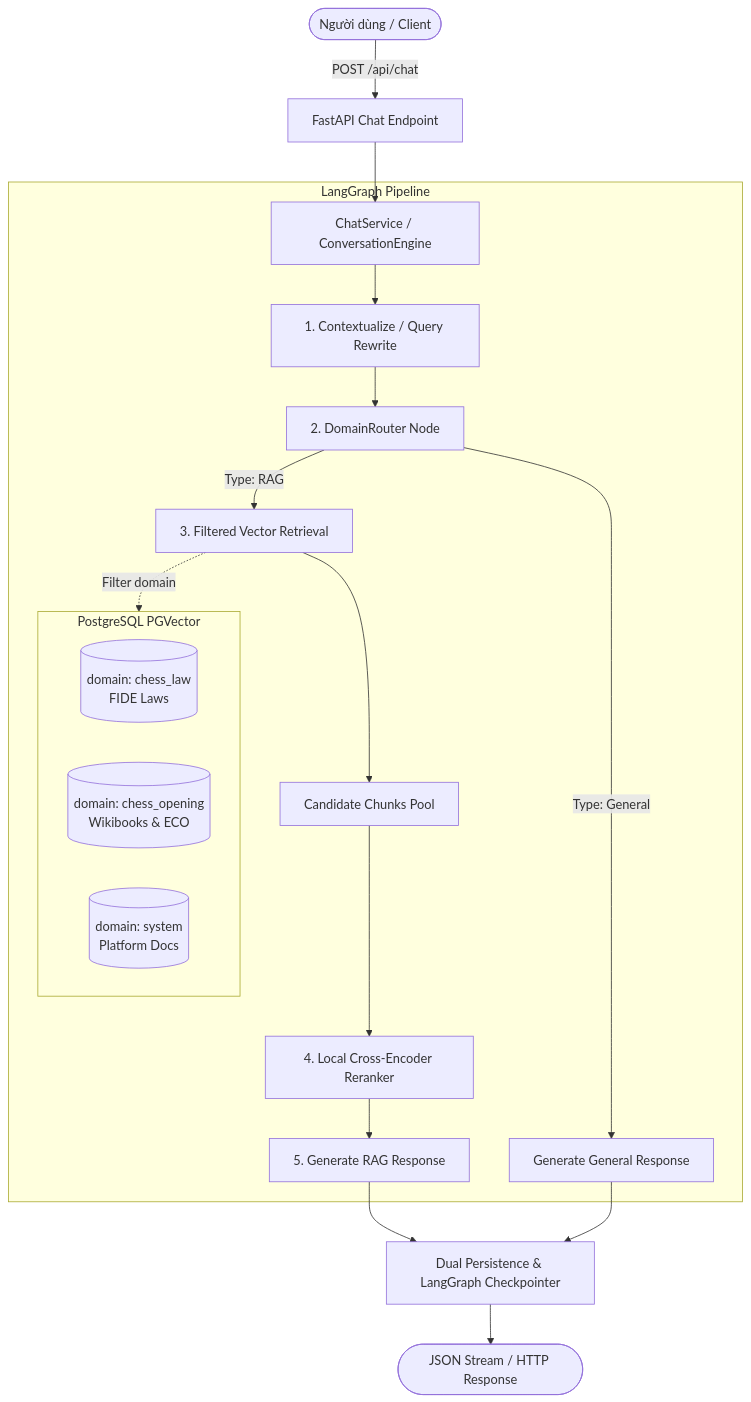
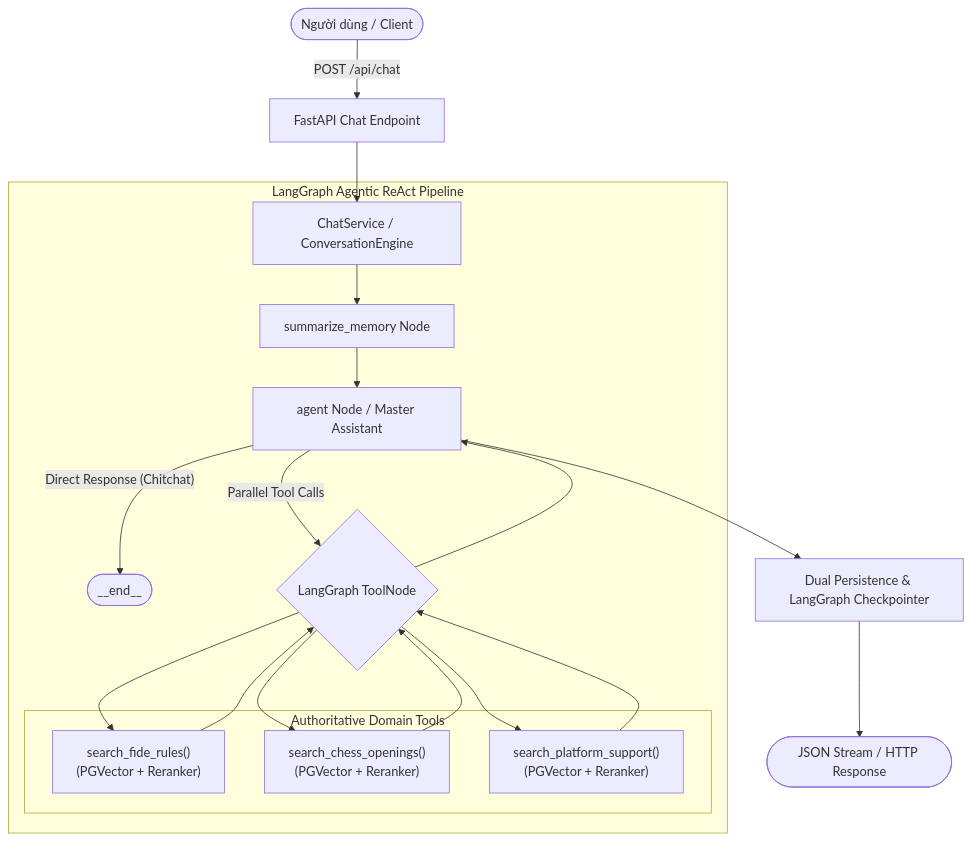
The diagram in ai-service/README.md (ximofam/web_game_chess_online), drawn with Mermaid before and after one commit. The commit also changed other lines of this file and 27 other files, not shown here.

Commit message:
feat(ai-service): implement agentic rag react graph with ephemeral tools and progressive memory

````diff
--- a/ai-service/README.md
+++ b/ai-service/README.md
@@ -46,29 +49,32 @@
 ```mermaid
 graph TD
     User([Người dùng / Client]) -->|POST /api/chat| API[FastAPI Chat Endpoint]
     API --> Service[ChatService / ConversationEngine]
     
-    subgraph LangGraph Pipeline
-        Service --> ContextNode[1. Contextualize / Query Rewrite]
-        ContextNode --> RouterNode[2. DomainRouter Node]
+    subgraph LangGraph Agentic ReAct Pipeline
+        Service --> SummarizeNode[summarize_memory Node]
+        SummarizeNode --> AgentNode[agent Node / Master Assistant]
         
-        RouterNode -->|Type: General| GenGeneral[Generate General Response]
-        RouterNode -->|Type: RAG| RetrieveNode[3. Filtered Vector Retrieval]
+        AgentNode -- "Direct Response (Chitchat)" --> EndNode([__end__])
+        AgentNode -- "Parallel Tool Calls" --> ToolNode{"LangGraph ToolNode"}
         
-        subgraph KnowledgeIndex [PostgreSQL PGVector]
-            FIDE[(domain: chess_law<br/>FIDE Laws)]
-            OPENINGS[(domain: chess_opening<br/>Wikibooks & ECO)]
-            SYS[(domain: system<br/>Platform Docs)]
+        subgraph DomainTools [Authoritative Domain Tools]
+            T1["search_fide_rules()<br/>(PGVector + Reranker)"]
+            T2["search_chess_openings()<br/>(PGVector + Reranker)"]
+            T3["search_platform_support()<br/>(PGVector + Reranker)"]
         end
         
-        RetrieveNode -.->|Filter domain| KnowledgeIndex
-        RetrieveNode --> Candidates[Candidate Chunks Pool]
+        ToolNode --> T1
+        ToolNode --> T2
+        ToolNode --> T3
         
-        Candidates --> RerankerNode[4. Local Cross-Encoder Reranker]
-        RerankerNode --> GenRAG[5. Generate RAG Response]
+        T1 --> ToolNode
+        T2 --> ToolNode
+        T3 --> ToolNode
+        
+        ToolNode --> AgentNode
     end
     
-    GenRAG --> Persistence[Dual Persistence & LangGraph Checkpointer]
-    GenGeneral --> Persistence
+    AgentNode --> Persistence[Dual Persistence & LangGraph Checkpointer]
     Persistence --> Response([JSON Stream / HTTP Response])
 ```
````
